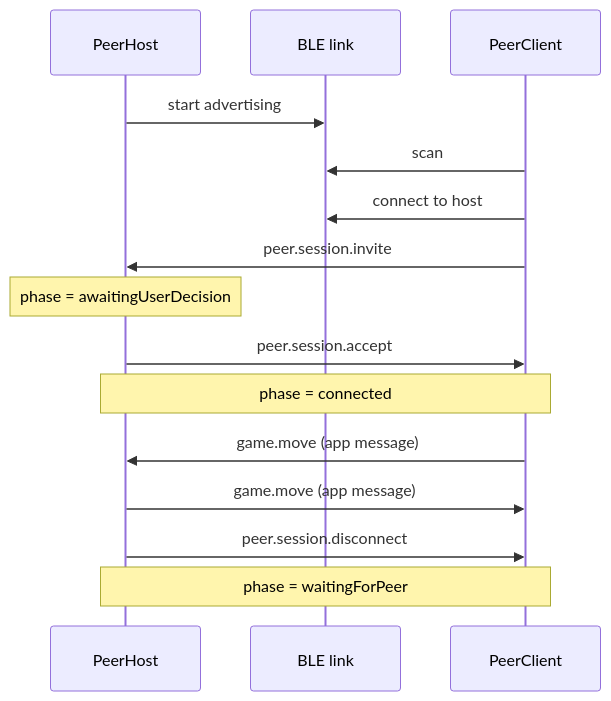
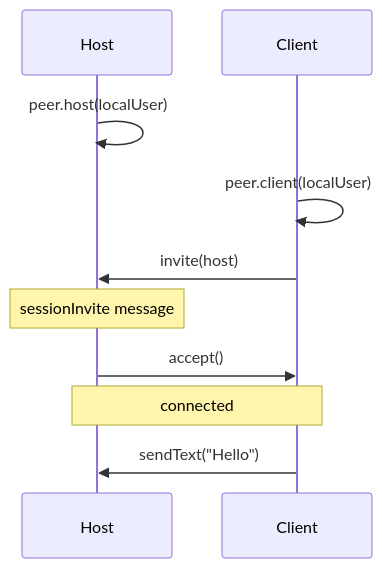
One commit to Viweld/ble_peer_session changed the second of 2 diagrams in README.md. Above: the diagram before and after it, drawn with Mermaid. The commit also changed other lines of this file and 15 other files, not shown here.

First line of the commit message:
Release 0.3.0: beginner-friendly API with PeerUser and auto UUIDs.

````diff
--- a/README.md
+++ b/README.md
@@ -110,18 +157,13 @@
 ```mermaid
 sequenceDiagram
-  participant Host as PeerHost
-  participant BLE as BLE link
-  participant Client as PeerClient
+  participant Host
+  participant Client
 
-  Host->>BLE: start advertising
-  Client->>BLE: scan
-  Client->>BLE: connect to host
-  Client->>Host: peer.session.invite
-  Note over Host: phase = awaitingUserDecision
-  Host->>Client: peer.session.accept
-  Note over Host,Client: phase = connected
-  Client->>Host: game.move (app message)
-  Host->>Client: game.move (app message)
-  Host->>Client: peer.session.disconnect
-  Note over Host,Client: phase = waitingForPeer
+  Host->>Host: peer.host(localUser)
+  Client->>Client: peer.client(localUser)
+  Client->>Host: invite(host)
+  Note over Host: sessionInvite message
+  Host->>Client: accept()
+  Note over Host,Client: connected
+  Client->>Host: sendText("Hello")
 ```
````
